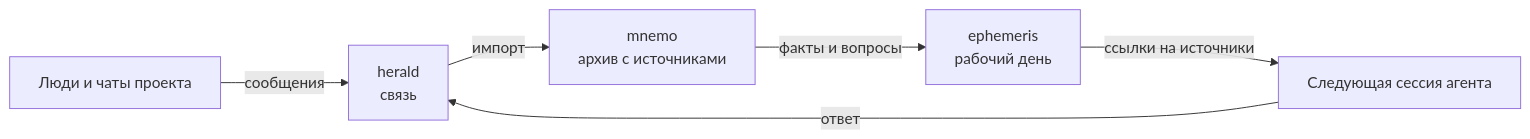
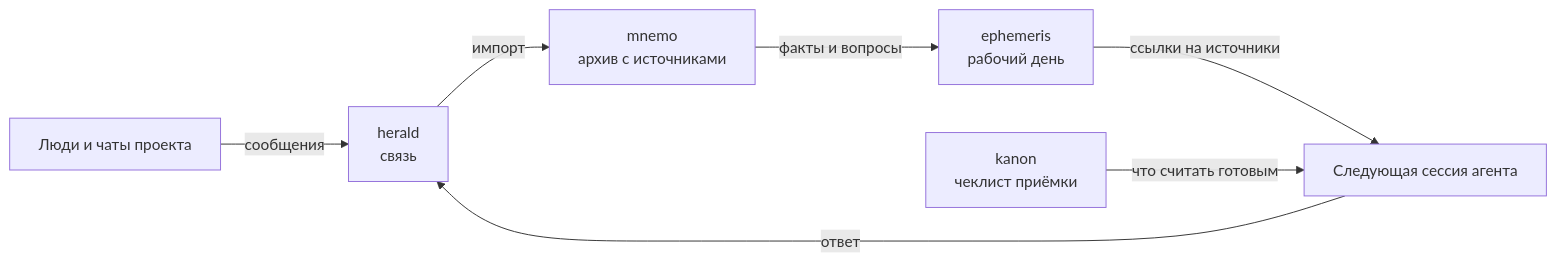
The diagram in README_RU.md (ZenonEl/ZenonEl), drawn with Mermaid before and after one commit. The commit also changed other lines of this file and 1 other file, not shown here.

Commit message:
Profile: ephemeris, kanon and the smaller projects

````diff
--- a/README_RU.md
+++ b/README_RU.md
@@ -48,8 +64,9 @@
 ```mermaid
 flowchart LR
     people["Люди и чаты проекта"] -->|сообщения| herald["herald<br/>связь"]
     herald -->|импорт| mnemo["mnemo<br/>архив с источниками"]
     mnemo -->|факты и вопросы| ephemeris["ephemeris<br/>рабочий день"]
     ephemeris -->|ссылки на источники| session["Следующая сессия агента"]
+    kanon["kanon<br/>чеклист приёмки"] -->|что считать готовым| session
     session -->|ответ| herald
 ```
````
